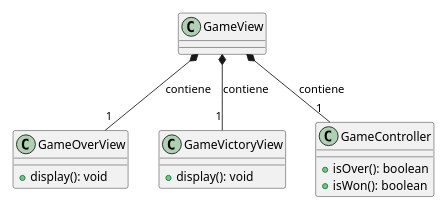
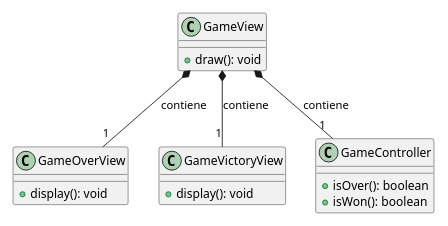
The diagram in docs/victory_gameover/the-exiled-victory_gameover-uml.puml (unibo-oop-projects/OOP23-Baldoni-Beylax-Casadei-MarcoMagnani03-Pazzaglia-exiled), drawn with PlantUML before and after one commit. The commit also changed 4 other files, not shown here.

```diff
--- a/docs/victory_gameover/the-exiled-victory_gameover-uml.puml
+++ b/docs/victory_gameover/the-exiled-victory_gameover-uml.puml
@@ -1,25 +1,25 @@
 @startuml
 scale 0.7
 class GameView {
-  
+  + draw(): void
 }
 
 class GameOverView {
   + display(): void
 }
 
 class GameVictoryView {
   + display(): void
 }
 
 
 class GameController {
   + isOver(): boolean
   + isWon(): boolean
 }
 
 GameView *-- "1" GameOverView : contiene
 GameView *-- "1" GameVictoryView : contiene
 GameView *-- "1" GameController : contiene
 
 @enduml
```
